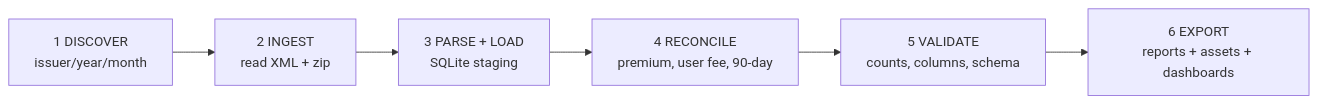
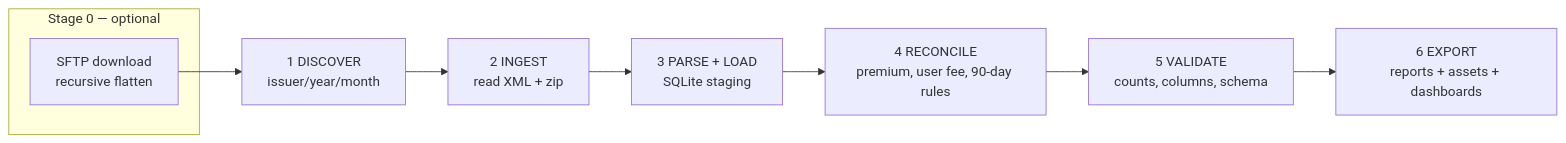
The sixth of 8 diagrams in 834_issuer_etl/docs/ARCHITECTURE_AND_SLIDES.md (HalilIbrahimHasan/gaaccess), drawn with Mermaid before and after one commit. The commit also changed other lines of this file and 12 other files, not shown here.

````diff
--- a/834_issuer_etl/docs/ARCHITECTURE_AND_SLIDES.md
+++ b/834_issuer_etl/docs/ARCHITECTURE_AND_SLIDES.md
@@ -100,8 +336,12 @@
 ```mermaid
 flowchart LR
+    subgraph S0["Stage 0 — optional"]
+        SFTP0["SFTP download\nrecursive flatten"]
+    end
     A["1 DISCOVER\nissuer/year/month"] --> B["2 INGEST\nread XML + zip"]
     B --> C["3 PARSE + LOAD\nSQLite staging"]
-    C --> D["4 RECONCILE\npremium, user fee, 90-day"]
+    C --> D["4 RECONCILE\npremium, user fee, 90-day rules"]
     D --> E["5 VALIDATE\ncounts, columns, schema"]
     E --> F["6 EXPORT\nreports + assets + dashboards"]
+    SFTP0 --> A
 ```
````
